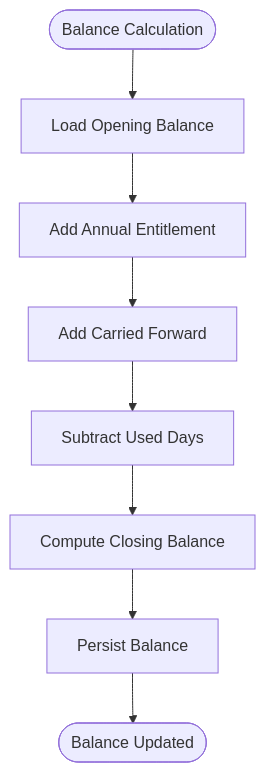
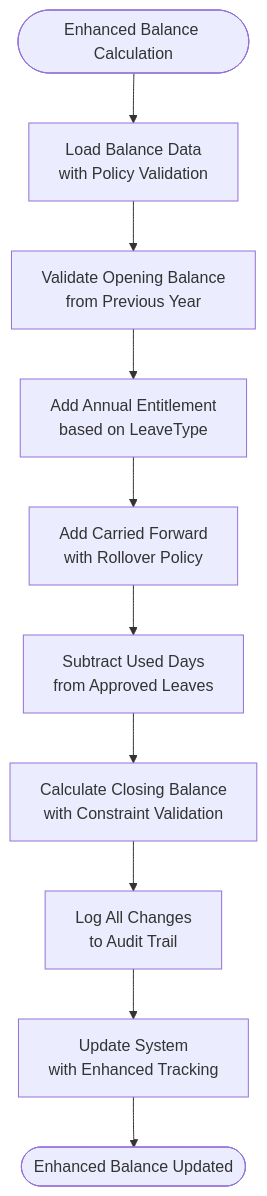
The sixth of 7 diagrams in .qoder/repowiki/en/content/Leave Management.md (bikinaplikasipakeqoder-dot/payroll-hris), drawn with Mermaid before and after one commit. The commit also changed other lines of this file and 22 other files, not shown here.

````diff
--- a/.qoder/repowiki/en/content/Leave Management.md
+++ b/.qoder/repowiki/en/content/Leave Management.md
@@ -387,10 +434,12 @@
 ```mermaid
 flowchart TD
-BLStart(["Balance Calculation"]) --> OpenBal["Load Opening Balance"]
-OpenBal --> AddEnt["Add Annual Entitlement"]
-AddEnt --> AddCarry["Add Carried Forward"]
-AddCarry --> SubUsed["Subtract Used Days"]
-SubUsed --> CloseBal["Compute Closing Balance"]
-CloseBal --> SaveBL["Persist Balance"]
-SaveBL --> BLEnd(["Balance Updated"])
+BLStart(["Enhanced Balance Calculation"]) --> LoadData["Load Balance Data<br/>with Policy Validation"]
+LoadData --> ValidateOpening["Validate Opening Balance<br/>from Previous Year"]
+ValidateOpening --> AddEntitlement["Add Annual Entitlement<br/>based on LeaveType"]
+AddEntitlement --> AddCarry["Add Carried Forward<br/>with Rollover Policy"]
+AddCarry --> SubUsed["Subtract Used Days<br/>from Approved Leaves"]
+SubUsed --> CalcClosing["Calculate Closing Balance<br/>with Constraint Validation"]
+CalcClosing --> LogChanges["Log All Changes<br/>to Audit Trail"]
+LogChanges --> UpdateSystem["Update System<br/>with Enhanced Tracking"]
+UpdateSystem --> BLEnd(["Enhanced Balance Updated"])
 ```
````
